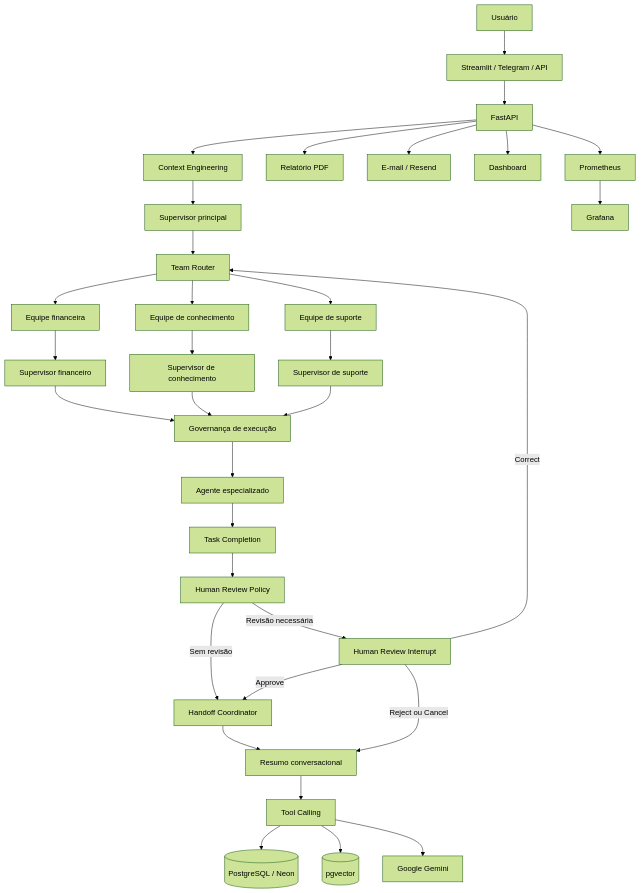
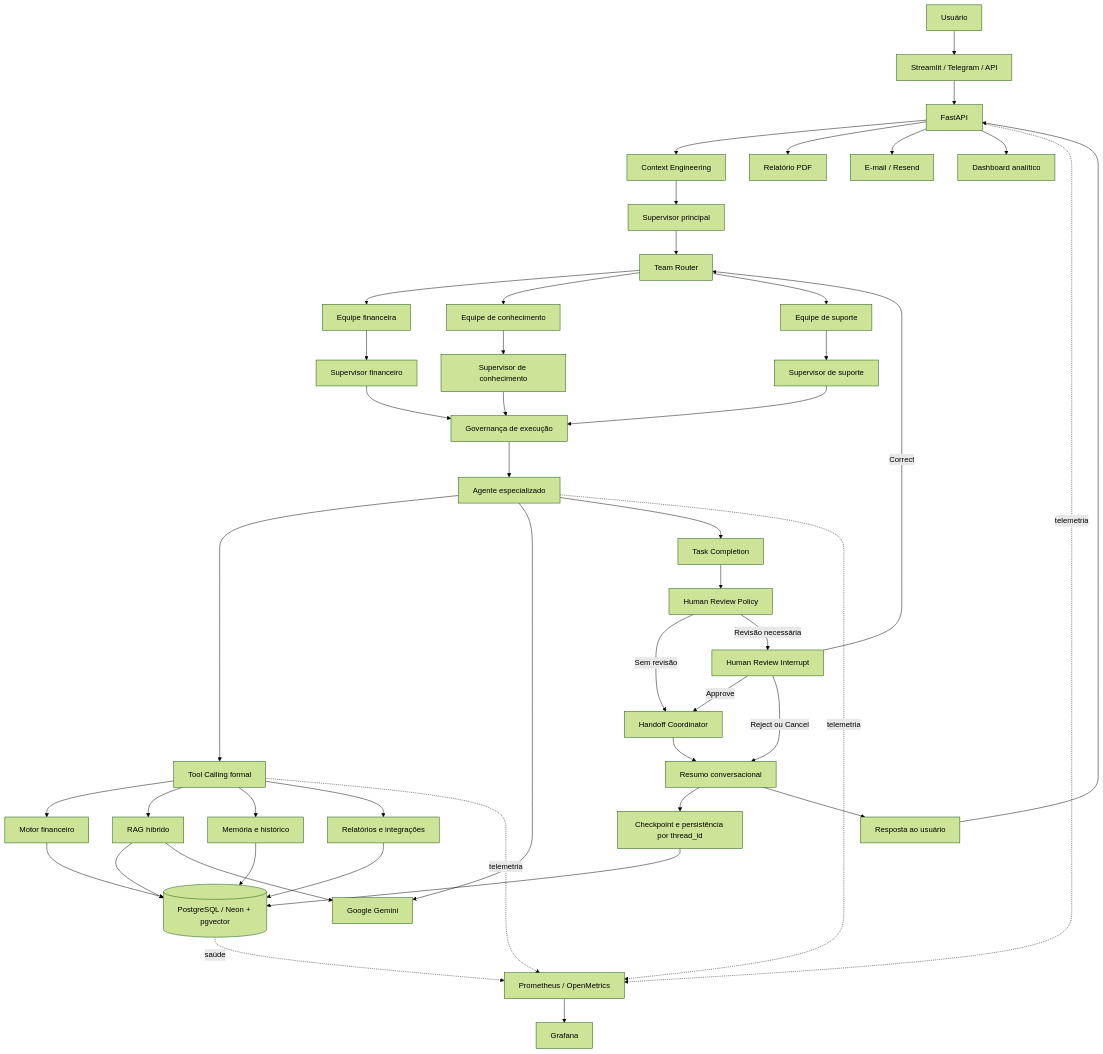
One commit to Rogerio5/INNA-Financial-Coach-AI changed the first of 2 diagrams in README.md. Above: the diagram before and after it, drawn with Mermaid (forest theme). The commit also changed other lines of this file, not shown here.

````diff
--- a/README.md
+++ b/README.md
@@ -335,44 +416,63 @@
 ```mermaid
 flowchart TD
     U[Usuário] --> Channels[Streamlit / Telegram / API]
     Channels --> API[FastAPI]
+
     API --> Context[Context Engineering]
     Context --> Supervisor[Supervisor principal]
     Supervisor --> Router[Team Router]
 
     Router --> FinancialTeam[Equipe financeira]
     Router --> KnowledgeTeam[Equipe de conhecimento]
     Router --> SupportTeam[Equipe de suporte]
 
     FinancialTeam --> FinancialSupervisor[Supervisor financeiro]
     KnowledgeTeam --> KnowledgeSupervisor[Supervisor de conhecimento]
     SupportTeam --> SupportSupervisor[Supervisor de suporte]
 
     FinancialSupervisor --> Governance[Governança de execução]
     KnowledgeSupervisor --> Governance
     SupportSupervisor --> Governance
 
     Governance --> Agent[Agente especializado]
+
+    Agent --> Tools[Tool Calling formal]
+    Tools --> FinancialEngine[Motor financeiro]
+    Tools --> RAG[RAG híbrido]
+    Tools --> Memory[Memória e histórico]
+    Tools --> Reports[Relatórios e integrações]
+
+    RAG --> Database[(PostgreSQL / Neon + pgvector)]
+    Memory --> Database
+    FinancialEngine --> Database
+    Reports --> Database
+
+    RAG --> Gemini[Google Gemini]
+    Agent --> Gemini
+
     Agent --> Completion[Task Completion]
     Completion --> ReviewPolicy[Human Review Policy]
 
     ReviewPolicy -->|Sem revisão| Handoff[Handoff Coordinator]
     ReviewPolicy -->|Revisão necessária| Interrupt[Human Review Interrupt]
 
     Interrupt -->|Approve| Handoff
     Interrupt -->|Correct| Router
     Interrupt -->|Reject ou Cancel| Summary[Resumo conversacional]
 
     Handoff --> Summary
-
-    Summary --> Tools[Tool Calling]
-    Tools --> DB[(PostgreSQL / Neon)]
-    Tools --> Vector[(pgvector)]
-    Tools --> Gemini[Google Gemini]
+    Summary --> Checkpoint[Checkpoint e persistência por thread_id]
+    Checkpoint --> Database
+    Summary --> Response[Resposta ao usuário]
+    Response --> API
 
     API --> PDF[Relatório PDF]
     API --> Email[E-mail / Resend]
-    API --> Dashboard[Dashboard]
-    API --> Metrics[Prometheus]
+    API --> Dashboard[Dashboard analítico]
+
+    API -. telemetria .-> Metrics[Prometheus / OpenMetrics]
+    Agent -. telemetria .-> Metrics
+    Tools -. telemetria .-> Metrics
+    Database -. saúde .-> Metrics
     Metrics --> Grafana[Grafana]
 ```
````
